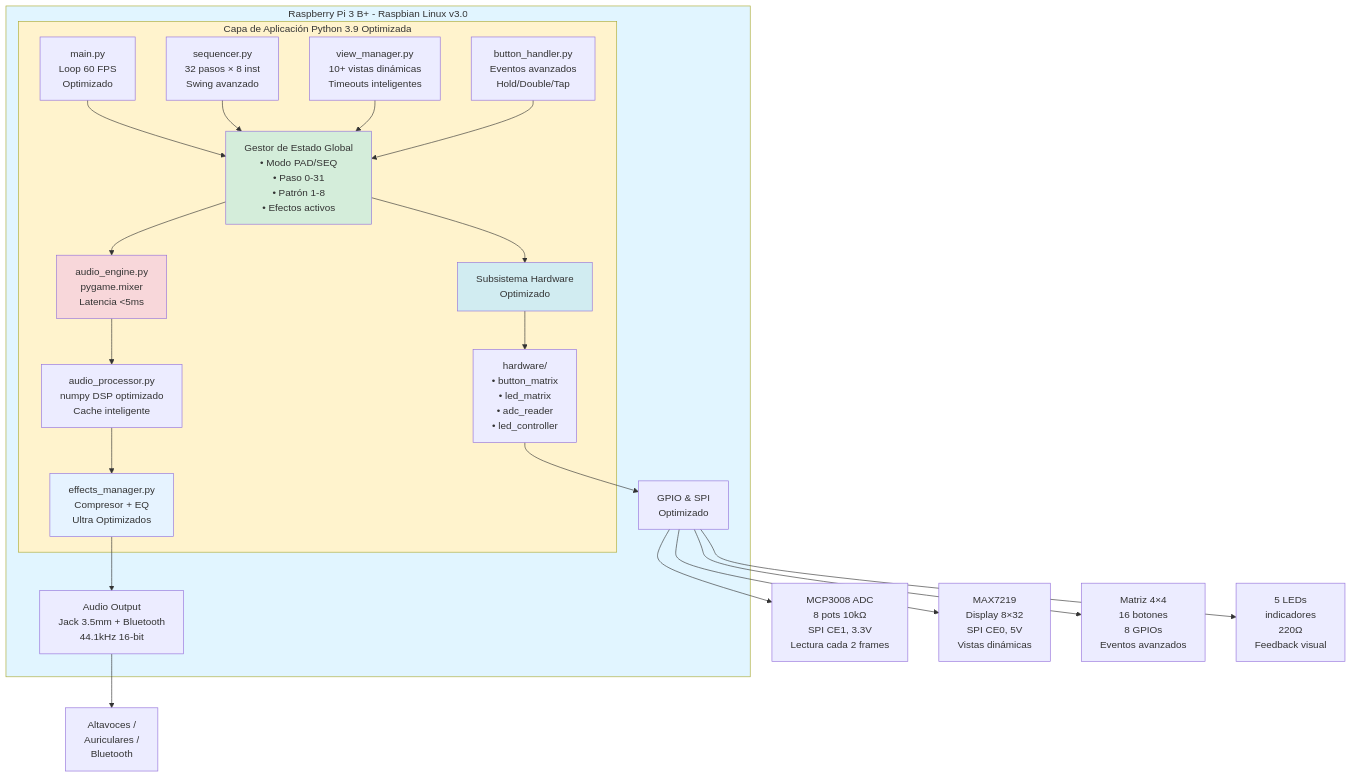
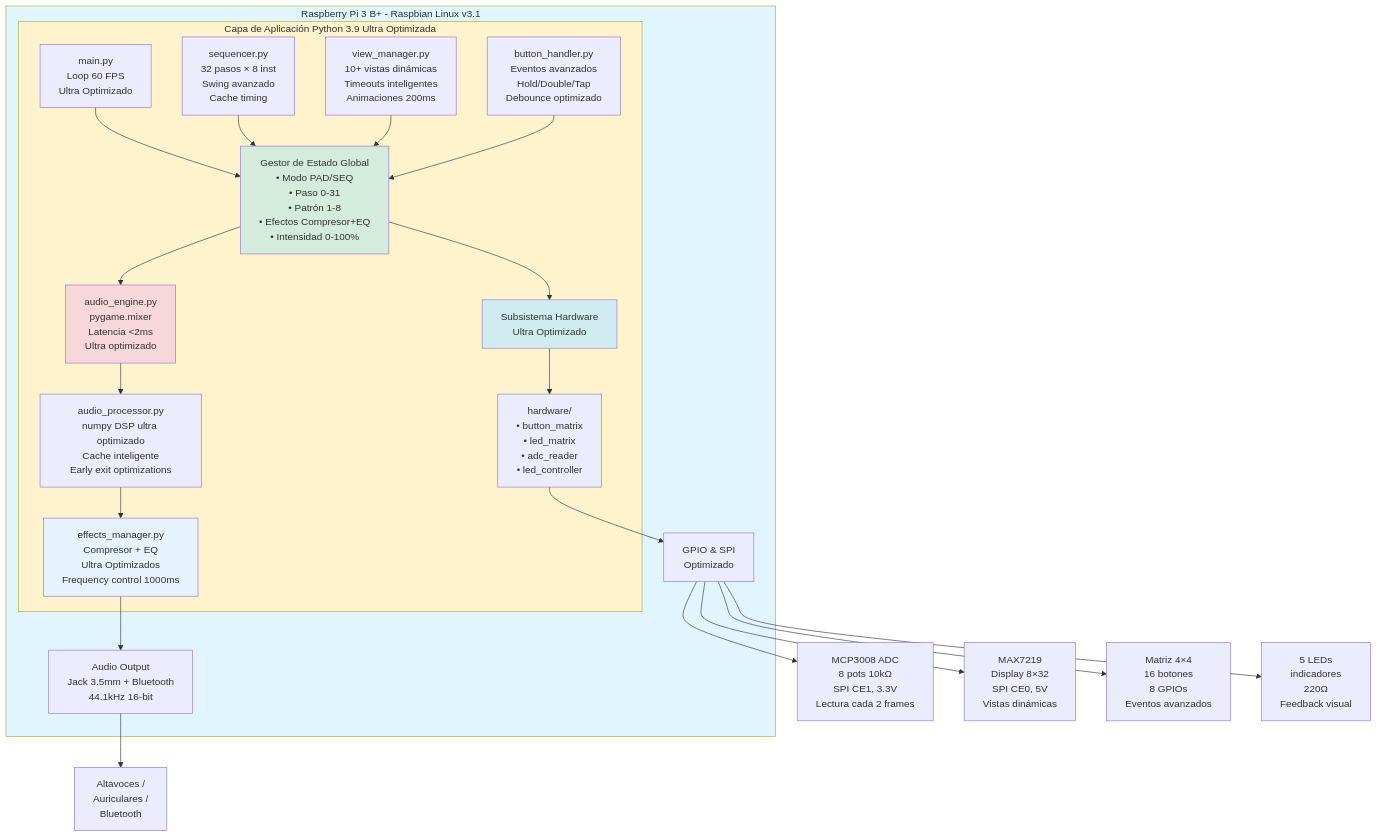
The second of 10 diagrams in docs/INFORME_TECNICO_PRODUCTO.md (Camionerou/TP-FINAL-2025-Drum-Machine), drawn with Mermaid before and after one commit. The commit also changed other lines of this file, not shown here.

First line of the commit message:
docs: Refocus technical report on functionality and architecture

````diff
--- a/docs/INFORME_TECNICO_PRODUCTO.md
+++ b/docs/INFORME_TECNICO_PRODUCTO.md
@@ -570,41 +543,41 @@
 ```mermaid
 graph TB
-    subgraph RPi["Raspberry Pi 3 B+ - Raspbian Linux v3.0"]
-        subgraph APP["Capa de Aplicación Python 3.9 Optimizada"]
-            MAIN[main.py<br/>Loop 60 FPS<br/>Optimizado]
-            SEQ[sequencer.py<br/>32 pasos × 8 inst<br/>Swing avanzado]
-            VIEW[view_manager.py<br/>10+ vistas dinámicas<br/>Timeouts inteligentes]
-            BTN[button_handler.py<br/>Eventos avanzados<br/>Hold/Double/Tap]
+    subgraph RPi["Raspberry Pi 3 B+ - Raspbian Linux v3.1"]
+        subgraph APP["Capa de Aplicación Python 3.9 Ultra Optimizada"]
+            MAIN[main.py<br/>Loop 60 FPS<br/>Ultra Optimizado]
+            SEQ[sequencer.py<br/>32 pasos × 8 inst<br/>Swing avanzado<br/>Cache timing]
+            VIEW[view_manager.py<br/>10+ vistas dinámicas<br/>Timeouts inteligentes<br/>Animaciones 200ms]
+            BTN[button_handler.py<br/>Eventos avanzados<br/>Hold/Double/Tap<br/>Debounce optimizado]
             
-            MAIN --> STATE[Gestor de Estado Global<br/>• Modo PAD/SEQ<br/>• Paso 0-31<br/>• Patrón 1-8<br/>• Efectos activos]
+            MAIN --> STATE[Gestor de Estado Global<br/>• Modo PAD/SEQ<br/>• Paso 0-31<br/>• Patrón 1-8<br/>• Efectos Compresor+EQ<br/>• Intensidad 0-100%]
             SEQ --> STATE
             VIEW --> STATE
             BTN --> STATE
             
-            STATE --> AE[audio_engine.py<br/>pygame.mixer<br/>Latencia <5ms]
-            STATE --> HW[Subsistema Hardware<br/>Optimizado]
+            STATE --> AE[audio_engine.py<br/>pygame.mixer<br/>Latencia <2ms<br/>Ultra optimizado]
+            STATE --> HW[Subsistema Hardware<br/>Ultra Optimizado]
             
-            AE --> PROC[audio_processor.py<br/>numpy DSP optimizado<br/>Cache inteligente]
-            PROC --> FX[effects_manager.py<br/>Compresor + EQ<br/>Ultra Optimizados]
+            AE --> PROC[audio_processor.py<br/>numpy DSP ultra optimizado<br/>Cache inteligente<br/>Early exit optimizations]
+            PROC --> FX[effects_manager.py<br/>Compresor + EQ<br/>Ultra Optimizados<br/>Frequency control 1000ms]
             
             HW --> GPIO[hardware/<br/>• button_matrix<br/>• led_matrix<br/>• adc_reader<br/>• led_controller]
         end
         
         FX --> AUDIO[Audio Output<br/>Jack 3.5mm + Bluetooth<br/>44.1kHz 16-bit]
         GPIO --> IFACE[GPIO & SPI<br/>Optimizado]
     end
     
     AUDIO --> OUT[Altavoces /<br/>Auriculares /<br/>Bluetooth]
     
     IFACE --> MCP[MCP3008 ADC<br/>8 pots 10kΩ<br/>SPI CE1, 3.3V<br/>Lectura cada 2 frames]
     IFACE --> MAX[MAX7219<br/>Display 8×32<br/>SPI CE0, 5V<br/>Vistas dinámicas]
     IFACE --> MAT[Matriz 4×4<br/>16 botones<br/>8 GPIOs<br/>Eventos avanzados]
     IFACE --> LEDS[5 LEDs<br/>indicadores<br/>220Ω<br/>Feedback visual]
     
     style RPi fill:#e1f5ff
     style APP fill:#fff3cd
     style STATE fill:#d4edda
     style AE fill:#f8d7da
     style HW fill:#d1ecf1
     style FX fill:#e6f3ff
 ```
````
